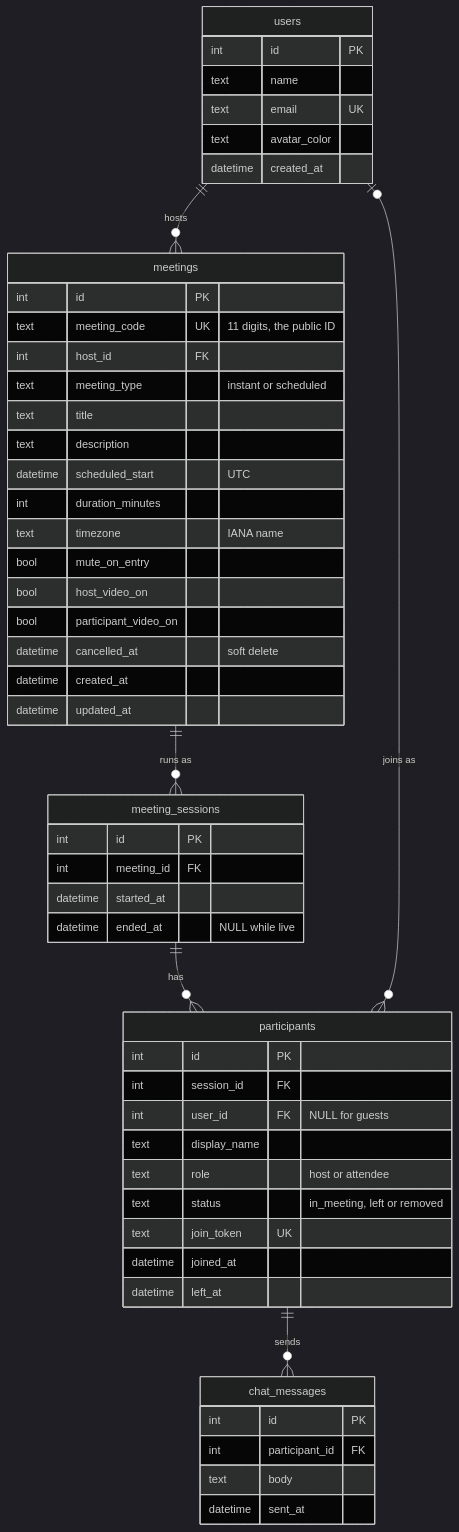
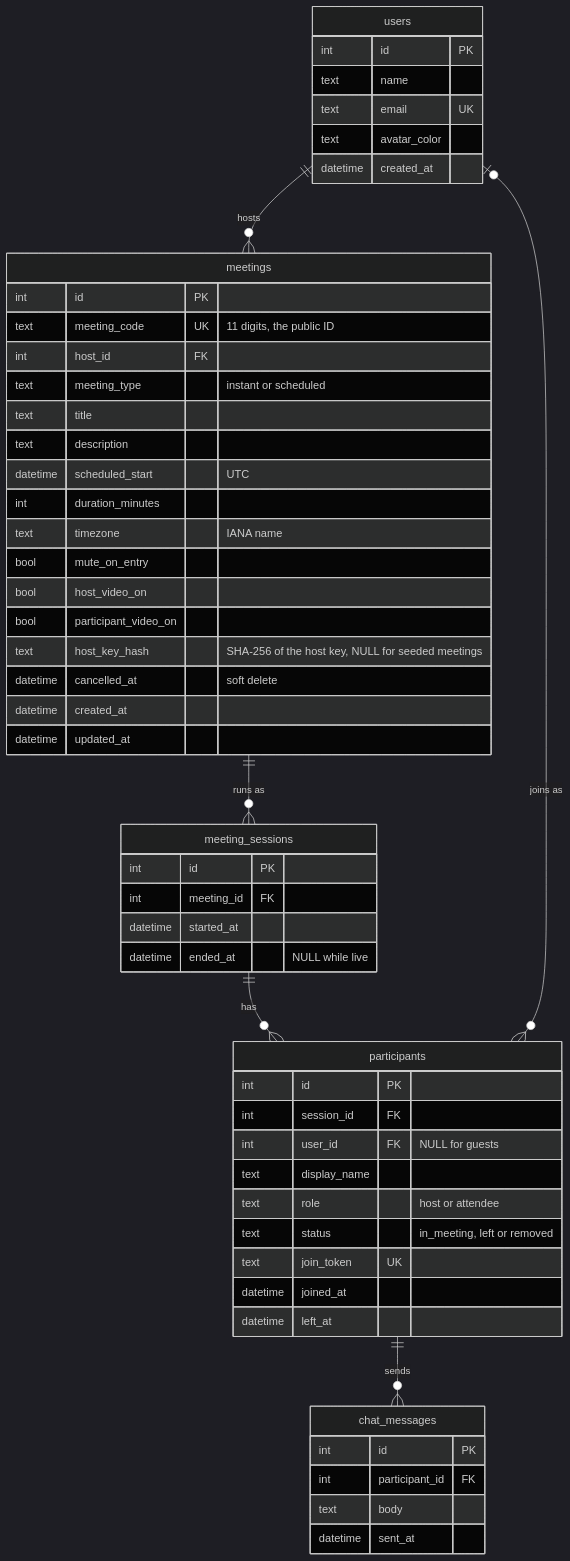
One commit to naveenk2608/zoom-clone changed the second of 2 diagrams in README.md. Above: the diagram before and after it, drawn with Mermaid (dark theme). The commit also changed other lines of this file and 1 other file, not shown here.

Commit message:
docs: explain host ownership without accounts and the new 403 and 409 responses

````diff
--- a/README.md
+++ b/README.md
@@ -94,56 +94,57 @@
 ```mermaid
 erDiagram
     users ||--o{ meetings : hosts
     meetings ||--o{ meeting_sessions : "runs as"
     meeting_sessions ||--o{ participants : has
     users |o--o{ participants : "joins as"
     participants ||--o{ chat_messages : sends
 
     users {
         int id PK
         text name
         text email UK
         text avatar_color
         datetime created_at
     }
     meetings {
         int id PK
         text meeting_code UK "11 digits, the public ID"
         int host_id FK
         text meeting_type "instant or scheduled"
         text title
         text description
         datetime scheduled_start "UTC"
         int duration_minutes
         text timezone "IANA name"
         bool mute_on_entry
         bool host_video_on
         bool participant_video_on
+        text host_key_hash "SHA-256 of the host key, NULL for seeded meetings"
         datetime cancelled_at "soft delete"
         datetime created_at
         datetime updated_at
     }
     meeting_sessions {
         int id PK
         int meeting_id FK
         datetime started_at
         datetime ended_at "NULL while live"
     }
     participants {
         int id PK
         int session_id FK
         int user_id FK "NULL for guests"
         text display_name
         text role "host or attendee"
         text status "in_meeting, left or removed"
         text join_token UK
         datetime joined_at
         datetime left_at
     }
     chat_messages {
         int id PK
         int participant_id FK
         text body
         datetime sent_at
     }
 ```
````
